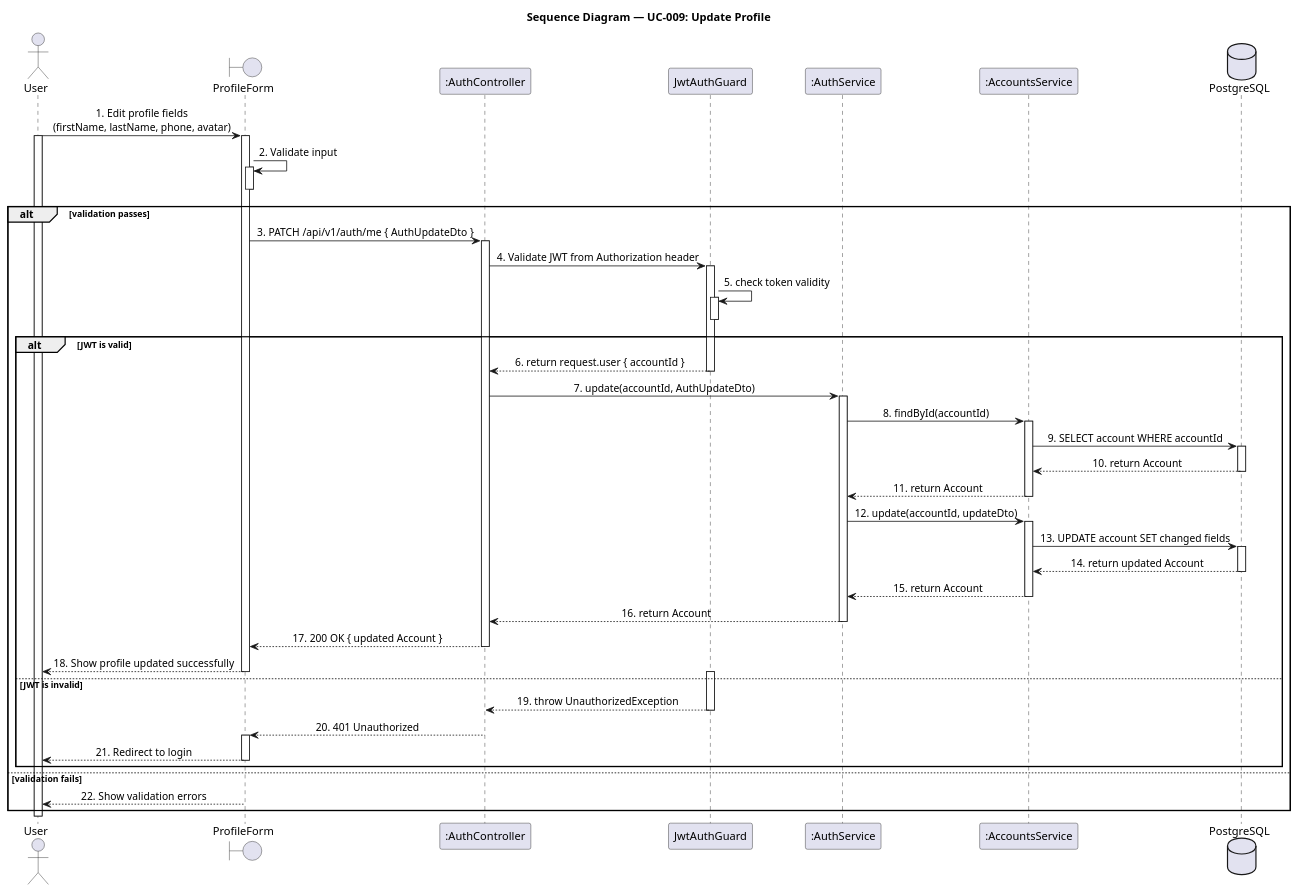
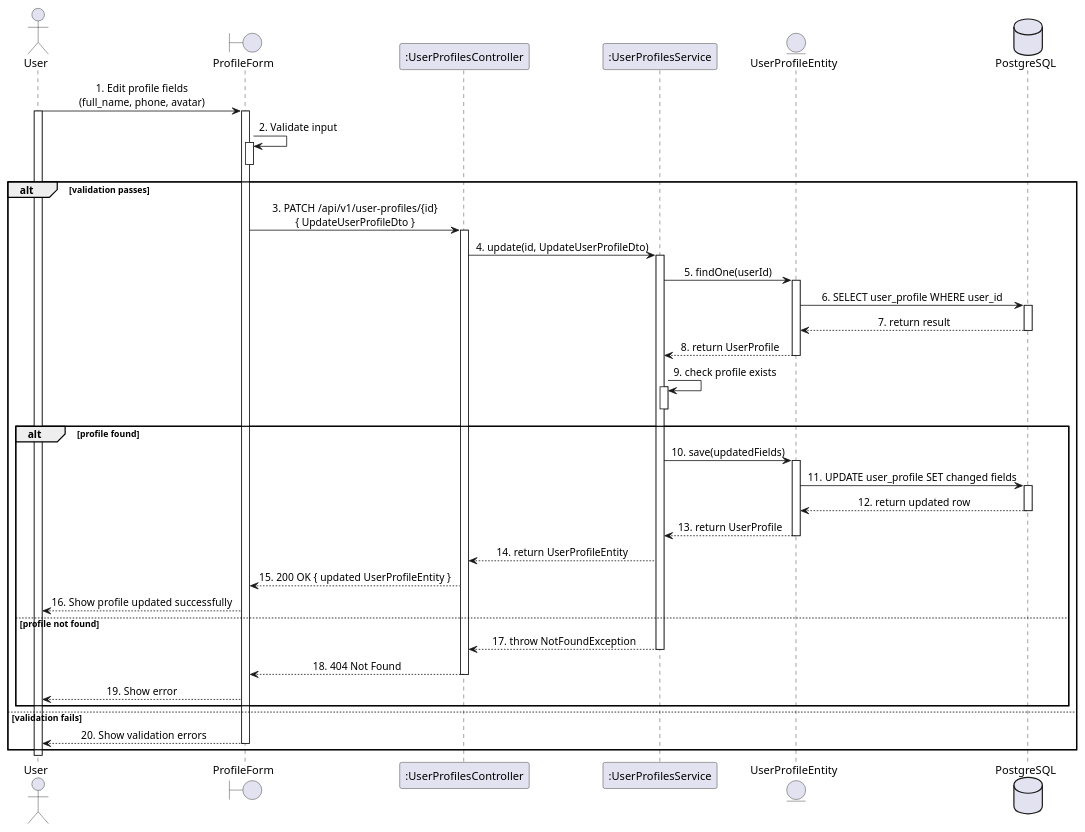
The diagram in docs/sequence-diagram/UC09_UpdateProfile.puml (LTPPPP/Smart-Medical-Intelligent-Ledger-for-E-health-S.M.I.L.E-), drawn with PlantUML before and after one commit. The commit also changed 114 other files, not shown here.

Commit message:
feat: complete class,sequence

```diff
--- a/docs/sequence-diagram/UC09_UpdateProfile.puml
+++ b/docs/sequence-diagram/UC09_UpdateProfile.puml
@@ -1,82 +1,68 @@
 @startuml SequenceDiagram
 skinparam shadowing false
 skinparam sequenceMessageAlign center
-
-title Sequence Diagram — UC-009: Update Profile
-
 actor "User" as user
 boundary "ProfileForm" as form
-participant ":AuthController" as ctrl
-participant "JwtAuthGuard" as guard
-participant ":AuthService" as authSvc
-participant ":AccountsService" as accSvc
+participant ":UserProfilesController" as ctrl
+participant ":UserProfilesService" as profSvc
+entity "UserProfileEntity" as profEntity
 database "PostgreSQL" as db
 
-user -> form : 1. Edit profile fields\n(firstName, lastName, phone, avatar)
+user -> form : 1. Edit profile fields\n(full_name, phone, avatar)
 activate user
 activate form
 
 form -> form : 2. Validate input
 activate form
 deactivate form
 alt validation passes
-  form -> ctrl : 3. PATCH /api/v1/auth/me { AuthUpdateDto }
+  form -> ctrl : 3. PATCH /api/v1/user-profiles/{id}\n{ UpdateUserProfileDto }
   activate ctrl
 
-  ctrl -> guard : 4. Validate JWT from Authorization header
-  activate guard
+  ctrl -> profSvc : 4. update(id, UpdateUserProfileDto)
+  activate profSvc
 
-  guard -> guard : 5. check token validity
-  activate guard
-  deactivate guard
-  alt JWT is valid
-    guard --> ctrl : 6. return request.user { accountId }
-    deactivate guard
+  profSvc -> profEntity : 5. findOne(userId)
+  activate profEntity
+  profEntity -> db : 6. SELECT user_profile WHERE user_id
+  activate db
+  db --> profEntity : 7. return result
+  deactivate db
+  profEntity --> profSvc : 8. return UserProfile
+  deactivate profEntity
 
-    ctrl -> authSvc : 7. update(accountId, AuthUpdateDto)
-    activate authSvc
+  profSvc -> profSvc : 9. check profile exists
+  activate profSvc
+  deactivate profSvc
+  alt profile found
+    profSvc -> profEntity : 10. save(updatedFields)
+    activate profEntity
+    profEntity -> db : 11. UPDATE user_profile SET changed fields
+    activate db
+    db --> profEntity : 12. return updated row
+    deactivate db
+    profEntity --> profSvc : 13. return UserProfile
+    deactivate profEntity
 
-    authSvc -> accSvc : 8. findById(accountId)
-    activate accSvc
-    accSvc -> db : 9. SELECT account WHERE accountId
-    activate db
-    db --> accSvc : 10. return Account
-    deactivate db
-    accSvc --> authSvc : 11. return Account
-    deactivate accSvc
+    profSvc --> ctrl : 14. return UserProfileEntity
 
-    authSvc -> accSvc : 12. update(accountId, updateDto)
-    activate accSvc
-    accSvc -> db : 13. UPDATE account SET changed fields
-    activate db
-    db --> accSvc : 14. return updated Account
-    deactivate db
-    accSvc --> authSvc : 15. return Account
-    deactivate accSvc
+    ctrl --> form : 15. 200 OK { updated UserProfileEntity }
 
-    authSvc --> ctrl : 16. return Account
-    deactivate authSvc
+    form --> user : 16. Show profile updated successfully
+  else profile not found
+    profSvc --> ctrl : 17. throw NotFoundException
+    deactivate profSvc
 
-    ctrl --> form : 17. 200 OK { updated Account }
+    ctrl --> form : 18. 404 Not Found
     deactivate ctrl
 
-    form --> user : 18. Show profile updated successfully
-    deactivate form
-  else JWT is invalid
-    activate guard
-    guard --> ctrl : 19. throw UnauthorizedException
-    deactivate guard
-    ctrl --> form : 20. 401 Unauthorized
-    deactivate ctrl
-    activate form
-    form --> user : 21. Redirect to login
-    deactivate form
+    form --> user : 19. Show error
   end
 else validation fails
-  form --> user : 22. Show validation errors
+  form --> user : 20. Show validation errors
   deactivate form
 end
 
 deactivate user
 
 @enduml
```
